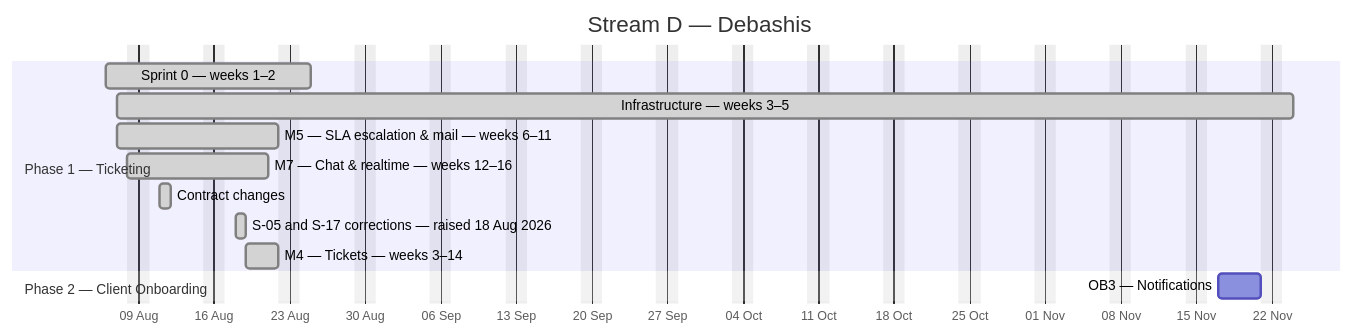
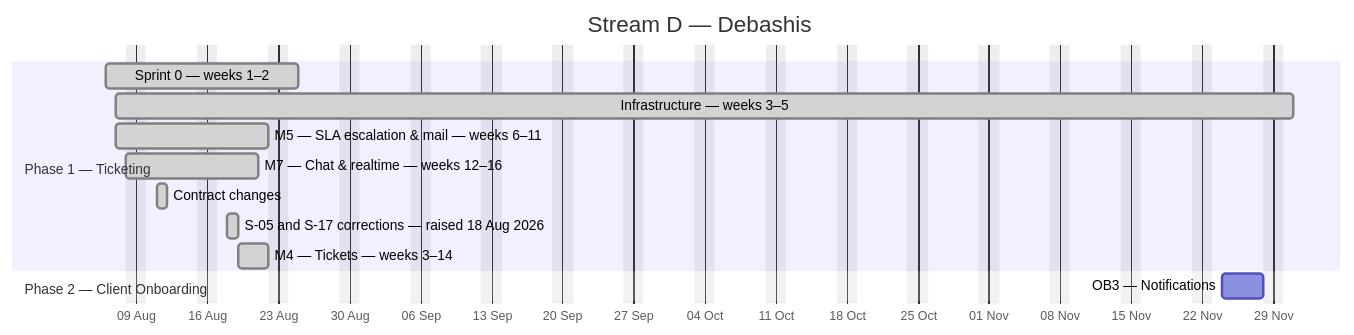
Before and after one commit to debashisedunext/EduTrack: the fourth of 4 diagrams in docs/plan/GANTT.md, drawn with Mermaid. The commit also changed other lines of this file and 2 other files, not shown here.

````diff
--- a/docs/plan/GANTT.md
+++ b/docs/plan/GANTT.md
@@ -173,17 +173,17 @@
 ```mermaid
 gantt
     dateFormat YYYY-MM-DD
     axisFormat %d %b
     title Stream D — Debashis
     excludes weekends
     section Phase 1 — Ticketing
     Sprint 0 — weeks 1–2 :done, d0, 2026-08-06, 13d
-    Infrastructure — weeks 3–5 :done, d1, 2026-08-07, 77d
+    Infrastructure — weeks 3–5 :done, d1, 2026-08-07, 82d
     M5 — SLA  escalation & mail — weeks 6–11 :done, d2, 2026-08-07, 11d
     M7 — Chat & realtime — weeks 12–16 :done, d3, 2026-08-08, 10d
     Contract changes :done, d4, 2026-08-11, 1d
     S-05 and S-17 corrections — raised 18 Aug 2026 :done, d5, 2026-08-18, 1d
     M4 — Tickets — weeks 3–14 :done, d6, 2026-08-19, 3d
     section Phase 2 — Client Onboarding
-    OB3 — Notifications :d7, 2026-11-17, 4d
+    OB3 — Notifications :d7, 2026-11-24, 4d
 ```
````
